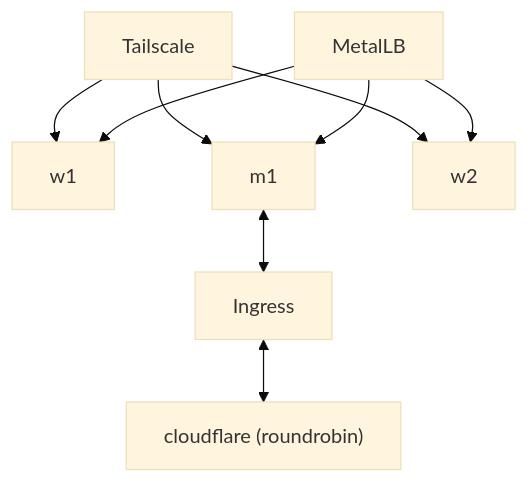
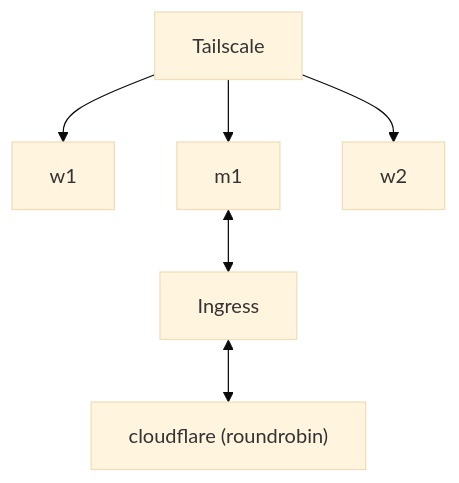
The diagram in README.md (mt190502/k8s), drawn with Mermaid (base theme) before and after one commit. The commit also changed 2 other files, not shown here.

Commit message:
feat: disable metallb completely and disable kube service at traefik

````diff
--- a/README.md
+++ b/README.md
@@ -33,13 +33,10 @@
 ```mermaid
 graph TD;
     Tailscale-->w1
     Tailscale-->m1
     Tailscale-->w2
-    MetalLB-->w1
-    MetalLB-->m1
-    MetalLB-->w2
     w1
     m1<-->Ingress
     w2
     Ingress<-->cloudflare["cloudflare (roundrobin)"]
 ```
````
